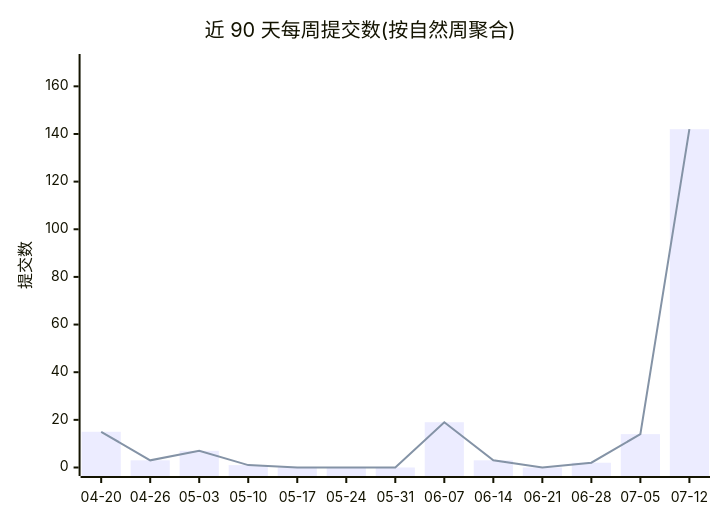
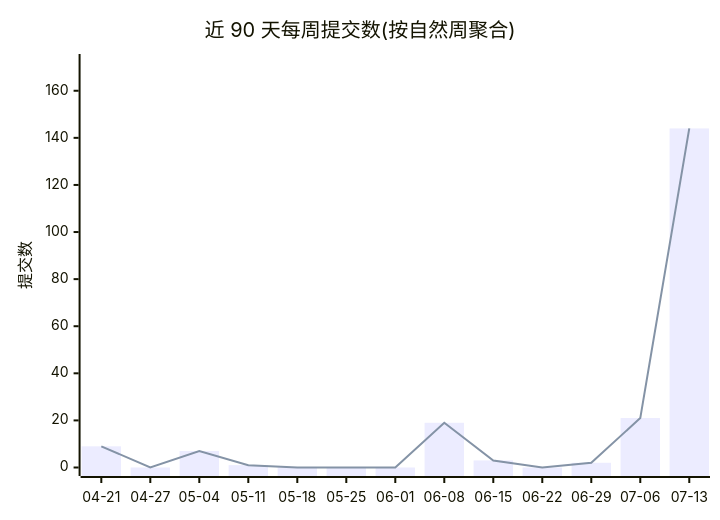
One commit to Conflux-Union/.github changed the first of 2 diagrams in profile/README.md. Above: the diagram before and after it, drawn with Mermaid. The commit also changed other lines of this file and 1 other file, not shown here.

````diff
--- a/profile/README.md
+++ b/profile/README.md
@@ -44,8 +44,8 @@
 ```mermaid
 xychart-beta
     title "近 90 天每周提交数(按自然周聚合)"
-    x-axis ["04-20", "04-26", "05-03", "05-10", "05-17", "05-24", "05-31", "06-07", "06-14", "06-21", "06-28", "07-05", "07-12"]
-    y-axis "提交数" 0 --> 170
-    bar [15, 3, 7, 1, 0, 0, 0, 19, 3, 0, 2, 14, 142]
-    line [15, 3, 7, 1, 0, 0, 0, 19, 3, 0, 2, 14, 142]
+    x-axis ["04-21", "04-27", "05-04", "05-11", "05-18", "05-25", "06-01", "06-08", "06-15", "06-22", "06-29", "07-06", "07-13"]
+    y-axis "提交数" 0 --> 172
+    bar [9, 0, 7, 1, 0, 0, 0, 19, 3, 0, 2, 21, 144]
+    line [9, 0, 7, 1, 0, 0, 0, 19, 3, 0, 2, 21, 144]
 ```
````
